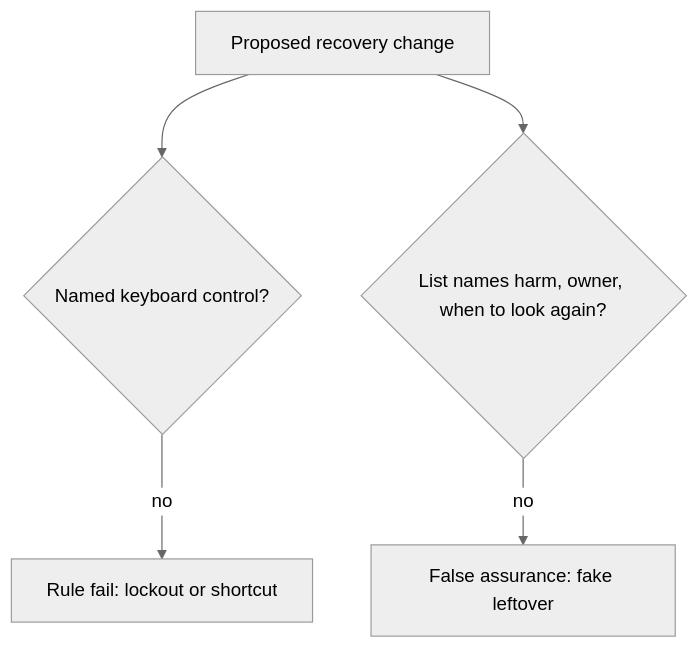
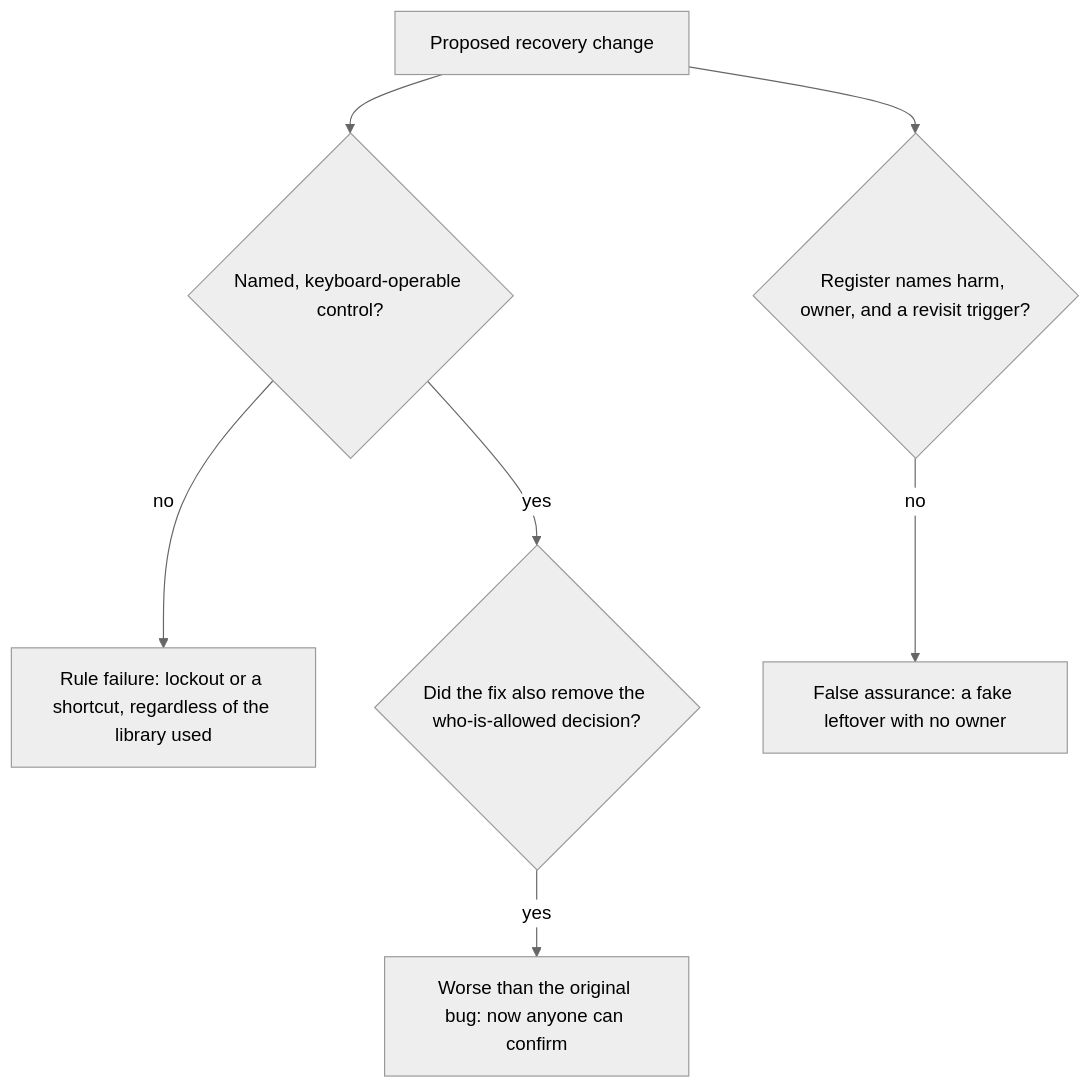
One commit to ishitvagoel/LearnSecurity changed the diagram in content/modules/1/1.4/lessons/08-review.md. Above: the diagram before and after it, drawn with Mermaid (neutral theme). The commit also changed other lines of this file and 18 other files, not shown here.

````diff
--- a/content/modules/1/1.4/lessons/08-review.md
+++ b/content/modules/1/1.4/lessons/08-review.md
@@ -16,7 +16,9 @@
 ```mermaid
 flowchart TD
-  PR[Proposed recovery change] --> Q1{Named keyboard control?}
-  PR --> Q2{List names harm, owner, when to look again?}
-  Q1 -->|no| Fail1[Rule fail: lockout or shortcut]
-  Q2 -->|no| Fail2[False assurance: fake leftover]
+  PR[Proposed recovery change] --> Q1{Named, keyboard-operable control?}
+  PR --> Q2{Register names harm, owner, and a revisit trigger?}
+  Q1 -->|no| Fail1[Rule failure: lockout or a shortcut, regardless of the library used]
+  Q2 -->|no| Fail2[False assurance: a fake leftover with no owner]
+  Q1 -->|yes| Q3{Did the fix also remove the who-is-allowed decision?}
+  Q3 -->|yes| Fail3[Worse than the original bug: now anyone can confirm]
 ```
````
